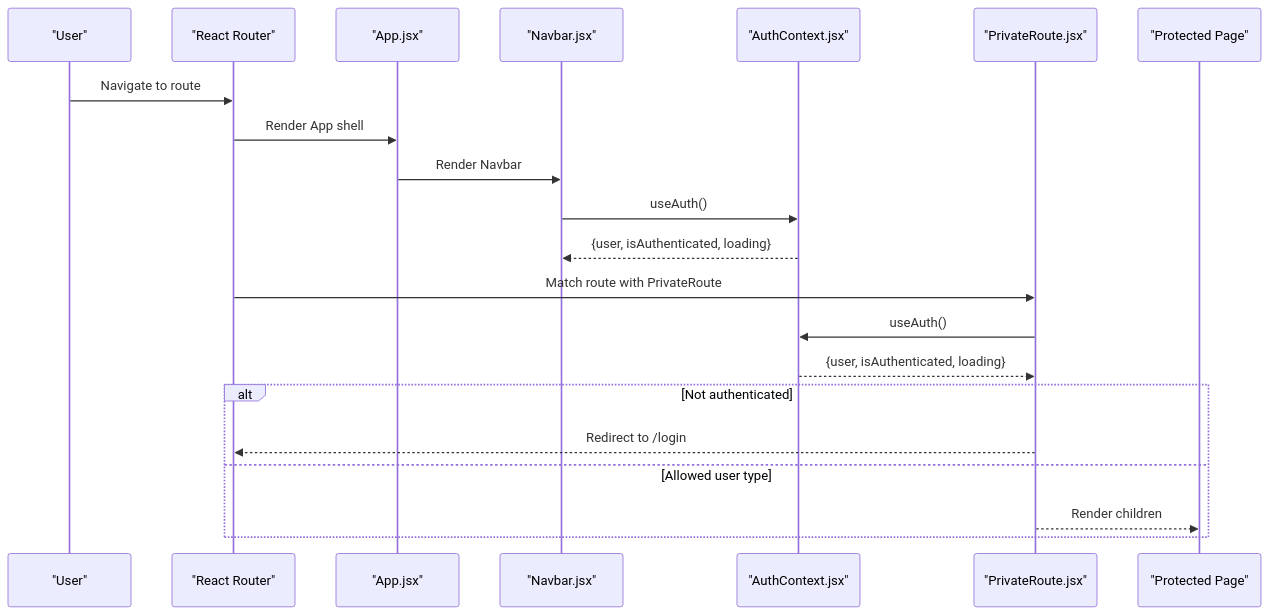
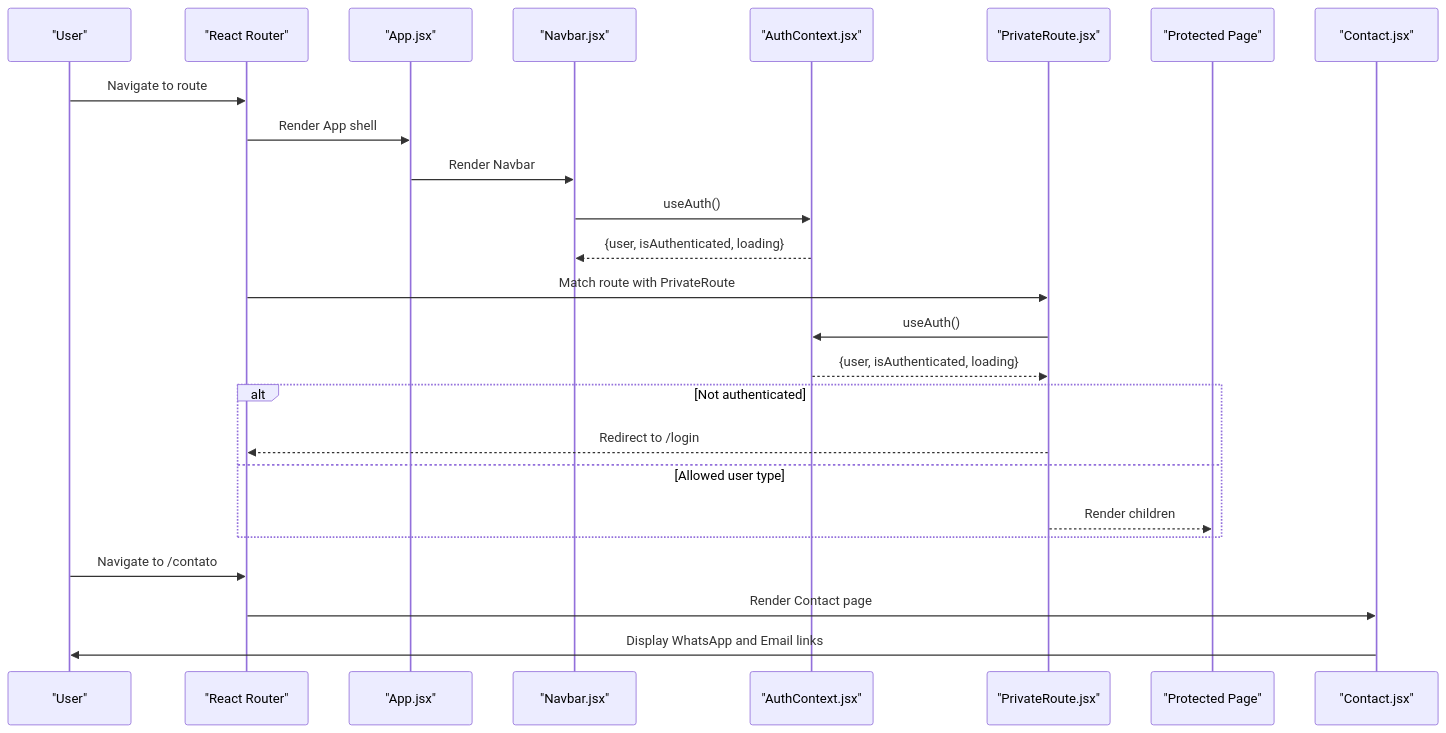
One commit to Alexandrexicara/craque-vision changed the second of 7 diagrams in .qoder/repowiki/en/content/Frontend Application/Component Library.md. Above: the diagram before and after it, drawn with Mermaid. The commit also changed other lines of this file and 2 other files, not shown here.

````diff
--- a/.qoder/repowiki/en/content/Frontend Application/Component Library.md
+++ b/.qoder/repowiki/en/content/Frontend Application/Component Library.md
@@ -109,23 +120,27 @@
 ```mermaid
 sequenceDiagram
 participant User as "User"
 participant Router as "React Router"
 participant App as "App.jsx"
 participant Nav as "Navbar.jsx"
 participant Auth as "AuthContext.jsx"
 participant Guard as "PrivateRoute.jsx"
 participant Page as "Protected Page"
+participant Contact as "Contact.jsx"
 User->>Router : Navigate to route
 Router->>App : Render App shell
 App->>Nav : Render Navbar
 Nav->>Auth : useAuth()
 Auth-->>Nav : {user, isAuthenticated, loading}
 Router->>Guard : Match route with PrivateRoute
 Guard->>Auth : useAuth()
 Auth-->>Guard : {user, isAuthenticated, loading}
 alt Not authenticated
 Guard-->>Router : Redirect to /login
 else Allowed user type
 Guard-->>Page : Render children
 end
+User->>Router : Navigate to /contato
+Router->>Contact : Render Contact page
+Contact->>User : Display WhatsApp and Email links
 ```
````
